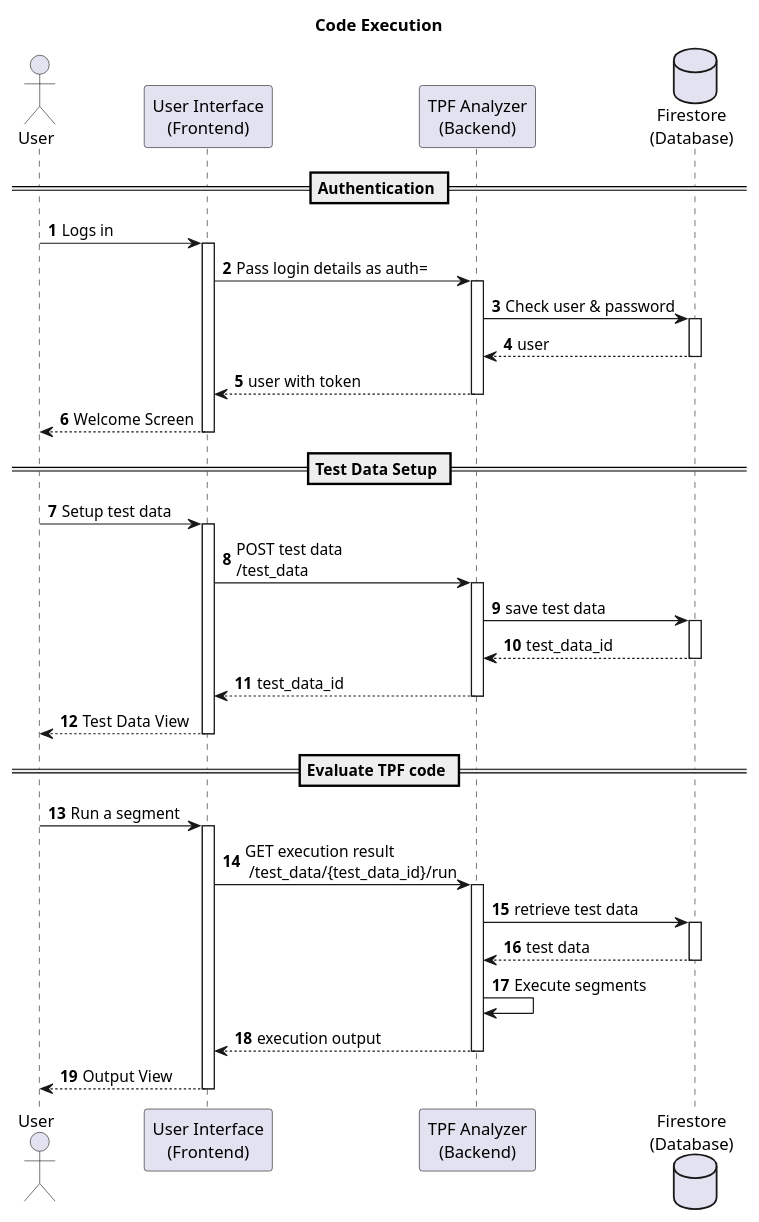
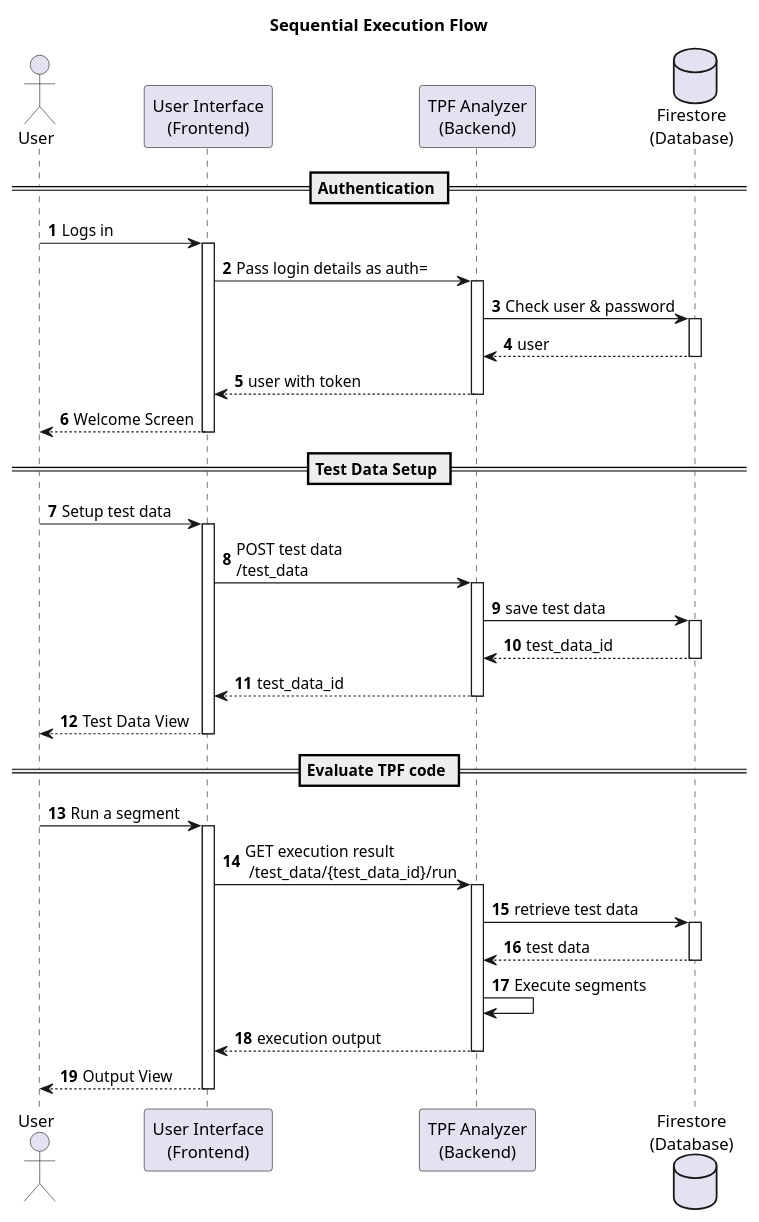
The diagram in documentation/Execution.puml (crazynayan/tpf1), drawn with PlantUML before and after one commit. The commit also changed 5 other files, not shown here.

```diff
--- a/documentation/Execution.puml
+++ b/documentation/Execution.puml
@@ -1,36 +1,37 @@
 @startuml
-title Code Execution
+title Sequential Execution Flow
+skinparam backgroundColor white
 
 actor User
 participant "User Interface\n(Frontend)" as Frontend
 participant "TPF Analyzer\n(Backend)" as Backend
 database "Firestore\n(Database)" as Firestore
 
 autonumber
 
 == Authentication ==
 User -> Frontend ++ : Logs in
     Frontend -> Backend ++ : Pass login details as auth=
         Backend -> Firestore ++ : Check user & password
         return user
     return user with token
 return Welcome Screen
 
 == Test Data Setup ==
 User -> Frontend ++ : Setup test data
     Frontend -> Backend ++ : POST test data \n/test_data
         Backend -> Firestore ++ : save test data
         return test_data_id
     return test_data_id
 return Test Data View
 
 == Evaluate TPF code ==
 User -> Frontend ++ : Run a segment
     Frontend -> Backend ++ : GET execution result \n /test_data/{test_data_id}/run
     Backend -> Firestore ++ : retrieve test data
     return test data
     Backend -> Backend : Execute segments
     return execution output
 return Output View
 
 @enduml
```
